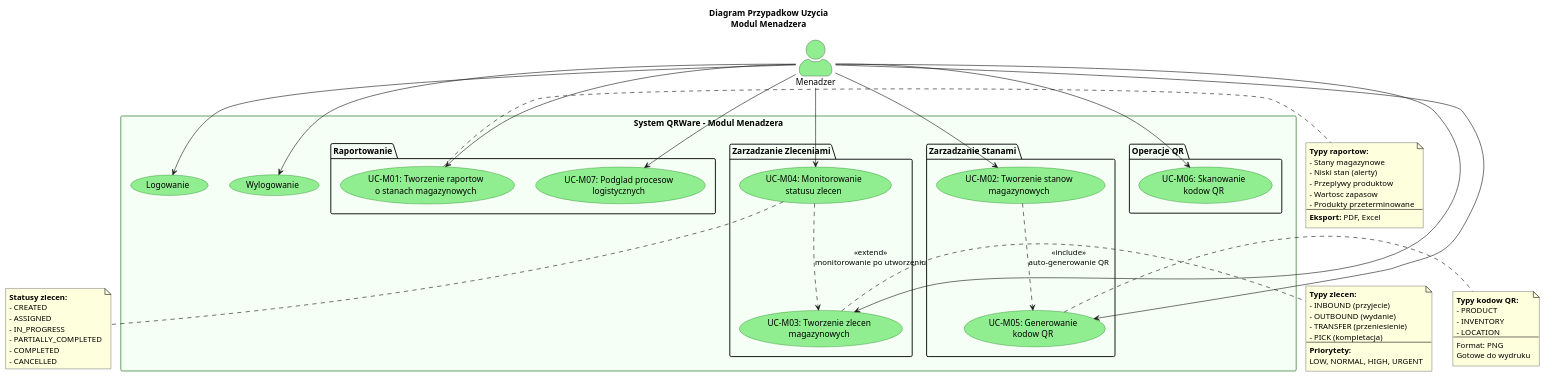
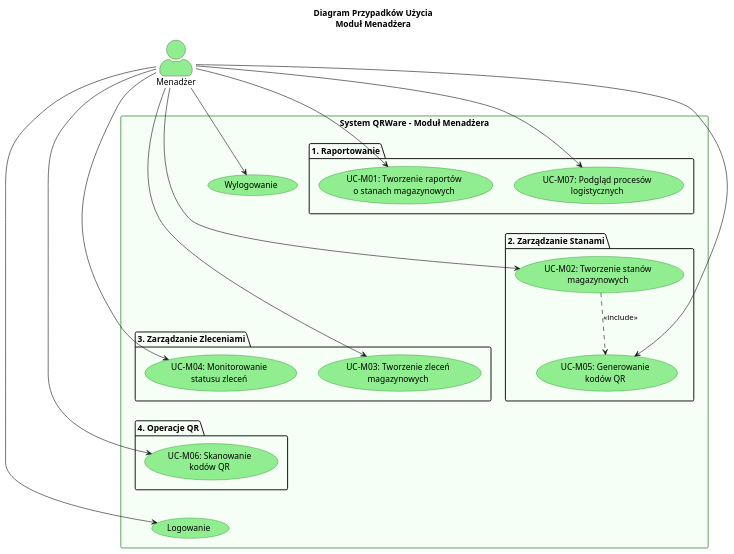
One commit to jantom38/QRWare1 changed the diagram in diagrams/use_case_manager.puml. Above: the diagram before and after it, drawn with PlantUML. The commit also changed 135 other files, not shown here.

```diff
--- a/diagrams/use_case_manager.puml
+++ b/diagrams/use_case_manager.puml
@@ -1,99 +1,66 @@
-@startuml Use Case - Modul Menadzera
+@startuml Use Case - Modul Menadzera - Pionowy
+
+top to bottom direction
 
 skinparam actorStyle awesome
 skinparam usecase {
     BackgroundColor LightGreen
     BorderColor DarkGreen
 }
 skinparam rectangle {
     BackgroundColor #F5FFF5
     BorderColor DarkGreen
 }
 
-title Diagram Przypadkow Uzycia\nModul Menadzera
+title Diagram Przypadków Użycia\nModuł Menadżera
 
-actor "Menadzer" as Manager #LightGreen
+actor "Menadżer" as Manager #LightGreen
 
-rectangle "System QRWare - Modul Menadzera" {
+rectangle "System QRWare - Moduł Menadżera" {
     
-    package "Raportowanie" {
-        usecase "UC-M01: Tworzenie raportow\no stanach magazynowych" as UC_M01
-        usecase "UC-M07: Podglad procesow\nlogistycznych" as UC_M07
+    package "1. Raportowanie" {
+        usecase "UC-M01: Tworzenie raportów\no stanach magazynowych" as UC_M01
+        usecase "UC-M07: Podgląd procesów\nlogistycznych" as UC_M07
     }
     
-    package "Zarzadzanie Stanami" {
-        usecase "UC-M02: Tworzenie stanow\nmagazynowych" as UC_M02
-        usecase "UC-M05: Generowanie\nkodow QR" as UC_M05
+    package "2. Zarządzanie Stanami" {
+        usecase "UC-M02: Tworzenie stanów\nmagazynowych" as UC_M02
+        usecase "UC-M05: Generowanie\nkodów QR" as UC_M05
     }
     
-    package "Zarzadzanie Zleceniami" {
-        usecase "UC-M03: Tworzenie zlecen\nmagazynowych" as UC_M03
-        usecase "UC-M04: Monitorowanie\nstatusu zlecen" as UC_M04
+    package "3. Zarządzanie Zleceniami" {
+        usecase "UC-M03: Tworzenie zleceń\nmagazynowych" as UC_M03
+        usecase "UC-M04: Monitorowanie\nstatusu zleceń" as UC_M04
     }
     
-    package "Operacje QR" {
-        usecase "UC-M06: Skanowanie\nkodow QR" as UC_M06
+    package "4. Operacje QR" {
+        usecase "UC-M06: Skanowanie\nkodów QR" as UC_M06
     }
-    
+   
     usecase "Logowanie" as Login
     usecase "Wylogowanie" as Logout
 }
 
 ' Relacje aktora
 Manager --> UC_M01
 Manager --> UC_M02
 Manager --> UC_M03
 Manager --> UC_M04
 Manager --> UC_M05
 Manager --> UC_M06
 Manager --> UC_M07
 Manager --> Login
 Manager --> Logout
 
-' Relacje miedzy UC
-UC_M02 ..> UC_M05 : <<include>>\nauto-generowanie QR
-UC_M04 ..> UC_M03 : <<extend>>\nmonitorowanie po utworzeniu
+' Relacje logiczne
+UC_M02 ..> UC_M05 : <<include>>
 
-note right of UC_M01
-  **Typy raportow:**
-  - Stany magazynowe
-  - Niski stan (alerty)
-  - Przeplywy produktow
-  - Wartosc zapasow
-  - Produkty przeterminowane
-  --
-  **Eksport:** PDF, Excel
-end note
-
-note right of UC_M03
-  **Typy zlecen:**
-  - INBOUND (przyjecie)
-  - OUTBOUND (wydanie)
-  - TRANSFER (przeniesienie)
-  - PICK (kompletacja)
-  --
-  **Priorytety:**
-  LOW, NORMAL, HIGH, URGENT
-end note
-
-note bottom of UC_M04
-  **Statusy zlecen:**
-  - CREATED
-  - ASSIGNED
-  - IN_PROGRESS
-  - PARTIALLY_COMPLETED
-  - COMPLETED
-  - CANCELLED
-end note
-
-note right of UC_M05
-  **Typy kodow QR:**
-  - PRODUCT
-  - INVENTORY
-  - LOCATION
-  --
-  Format: PNG
-  Gotowe do wydruku
-end note
+' === SEKCJA LAYOUT (Wymuszanie pionu) ===
+' Łaczymy ostatni element grupy wyzszej z pierwszym elementem grupy nizszej
+UC_M01 -[hidden]-> UC_M02
+UC_M02 -[hidden]-> UC_M03
+UC_M03 -[hidden]-> UC_M06
+' Logowanie na sam dol
+UC_M06 -[hidden]-> Login
 
 @enduml
```
